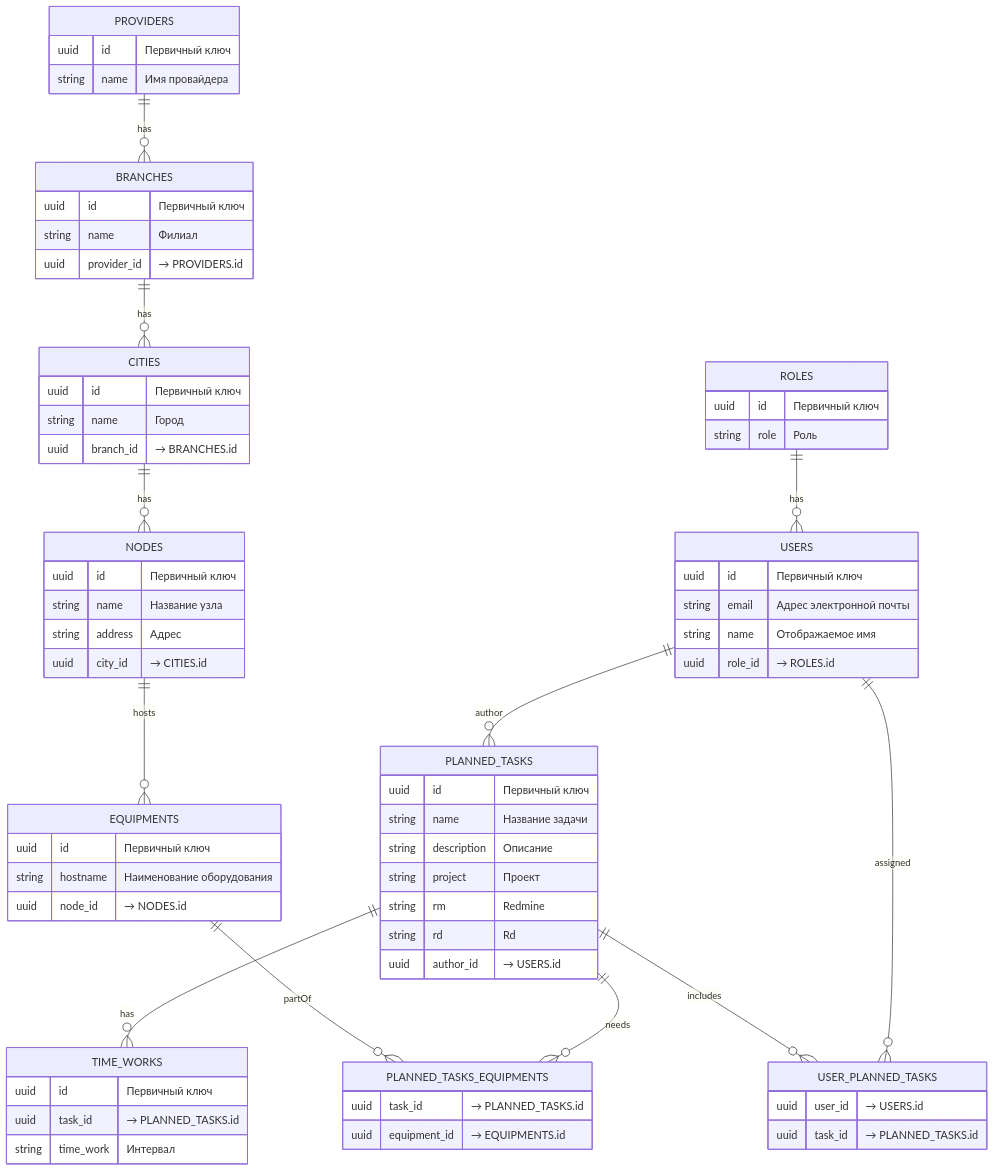
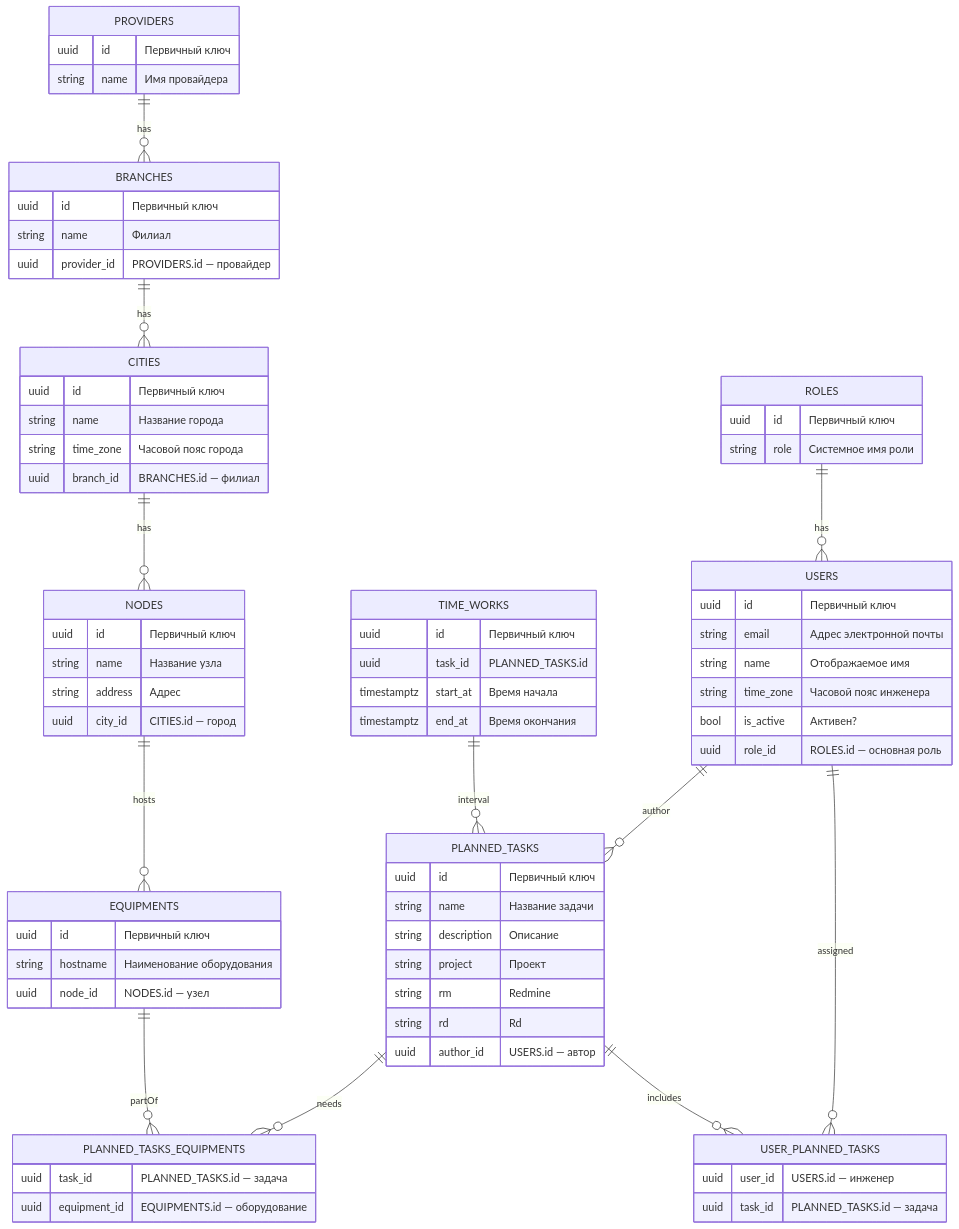
Before and after one commit to yushachkov01/new_ntPlanner: the diagram in project-schemas/hasuraScheme.md, drawn with Mermaid.

Commit message:
Проработал схему данных Hasura

````diff
--- a/project-schemas/hasuraScheme.md
+++ b/project-schemas/hasuraScheme.md
@@ -3,33 +3,48 @@
 ```mermaid
 erDiagram
-    PROVIDERS {
-        uuid   id   "Первичный ключ"
-        string name "Имя провайдера"
-    }
+PROVIDERS {
+uuid   id      "Первичный ключ"
+string name    "Имя провайдера"
+}
 
     BRANCHES {
         uuid   id          "Первичный ключ"
         string name        "Филиал"
-        uuid   provider_id "→ PROVIDERS.id"
+        uuid   provider_id " PROVIDERS.id — провайдер"
     }
 
     CITIES {
-        uuid   id        "Первичный ключ"
-        string name      "Город"
-        uuid   branch_id "→ BRANCHES.id"
+        uuid   id          "Первичный ключ"
+        string name        "Название города"
+        string time_zone   "Часовой пояс города"
+        uuid   branch_id   "BRANCHES.id — филиал"
     }
 
     NODES {
-        uuid   id      "Первичный ключ"
-        string name    "Название узла"
-        string address "Адрес"
-        uuid   city_id "→ CITIES.id"
+        uuid   id        "Первичный ключ"
+        string name      "Название узла"
+        string address   "Адрес"
+        uuid   city_id   "CITIES.id — город"
     }
 
     EQUIPMENTS {
-        uuid   id       "Первичный ключ"
-        string hostname "Наименование оборудования"
-        uuid   node_id  "→ NODES.id"
+        uuid   id        "Первичный ключ"
+        string hostname  "Наименование оборудования"
+        uuid   node_id   " NODES.id — узел"
+    }
+
+    ROLES {
+        uuid   id    "Первичный ключ"
+        string role  "Системное имя роли"
+    }
+
+    USERS {
+        uuid   id            "Первичный ключ"
+        string email         "Адрес электронной почты"
+        string name          "Отображаемое имя"
+        string time_zone     "Часовой пояс инженера"
+        bool   is_active     "Активен?"
+        uuid   role_id       "ROLES.id — основная роль"
     }
 
     PLANNED_TASKS {
@@ -39,54 +54,40 @@
         string project     "Проект"
         string rm          "Redmine"
         string rd          "Rd"
-        uuid   author_id   "→ USERS.id"
+        uuid   author_id   "USERS.id — автор"
     }
 
     TIME_WORKS {
-        uuid   id       "Первичный ключ"
-        uuid   task_id  "→ PLANNED_TASKS.id"
-        string time_work "Интервал"
-    }
-
-    USERS {
-        uuid   id      "Первичный ключ"
-        string email   "Адрес электронной почты"
-        string name    "Отображаемое имя"
-        uuid   role_id "→ ROLES.id"
-    }
-
-    ROLES {
-        uuid   id   "Первичный ключ"
-        string role "Роль"
+        uuid        id       "Первичный ключ"
+        uuid        task_id  " PLANNED_TASKS.id"
+        timestamptz start_at "Время начала"
+        timestamptz end_at   "Время окончания"
     }
 
     USER_PLANNED_TASKS {
-        uuid user_id "→ USERS.id"
-        uuid task_id "→ PLANNED_TASKS.id"
+        uuid user_id " USERS.id — инженер"
+        uuid task_id "PLANNED_TASKS.id — задача"
     }
 
     PLANNED_TASKS_EQUIPMENTS {
-        uuid task_id      "→ PLANNED_TASKS.id"
-        uuid equipment_id "→ EQUIPMENTS.id"
+        uuid task_id      " PLANNED_TASKS.id — задача"
+        uuid equipment_id " EQUIPMENTS.id — оборудование"
     }
 
-    PROVIDERS   ||--o{ BRANCHES                  : has
-    BRANCHES    ||--o{ CITIES                    : has
-    CITIES      ||--o{ NODES                     : has
-    NODES       ||--o{ EQUIPMENTS                : hosts
+    PROVIDERS     ||--o{ BRANCHES      : has
+    BRANCHES      ||--o{ CITIES        : has
+    CITIES        ||--o{ NODES         : has
+    NODES         ||--o{ EQUIPMENTS    : hosts
 
-    ROLES       ||--o{ USERS                     : has
-    USERS       ||--o{ PLANNED_TASKS             : author
+    ROLES         ||--o{ USERS         : has
+    USERS         ||--o{ PLANNED_TASKS : author
 
-    PLANNED_TASKS ||--o{ TIME_WORKS              : has
+    %% PLANNED_TASKS ||--|| TIME_WORKS    : interval
+    TIME_WORKS    ||--o{ PLANNED_TASKS    : interval
 
-    %% N:M «пользователи ↔ задачи»
-    USERS          ||--o{ USER_PLANNED_TASKS     : assigned
-    PLANNED_TASKS  ||--o{ USER_PLANNED_TASKS     : includes
+    USERS         ||--o{ USER_PLANNED_TASKS       : assigned
+    PLANNED_TASKS ||--o{ USER_PLANNED_TASKS       : includes
 
-    %% N:M «задачи ↔ оборудование»
-    PLANNED_TASKS  ||--o{ PLANNED_TASKS_EQUIPMENTS : needs
-    EQUIPMENTS     ||--o{ PLANNED_TASKS_EQUIPMENTS : partOf
-
-
+    PLANNED_TASKS ||--o{ PLANNED_TASKS_EQUIPMENTS : needs
+    EQUIPMENTS    ||--o{ PLANNED_TASKS_EQUIPMENTS : partOf
 ```
````
